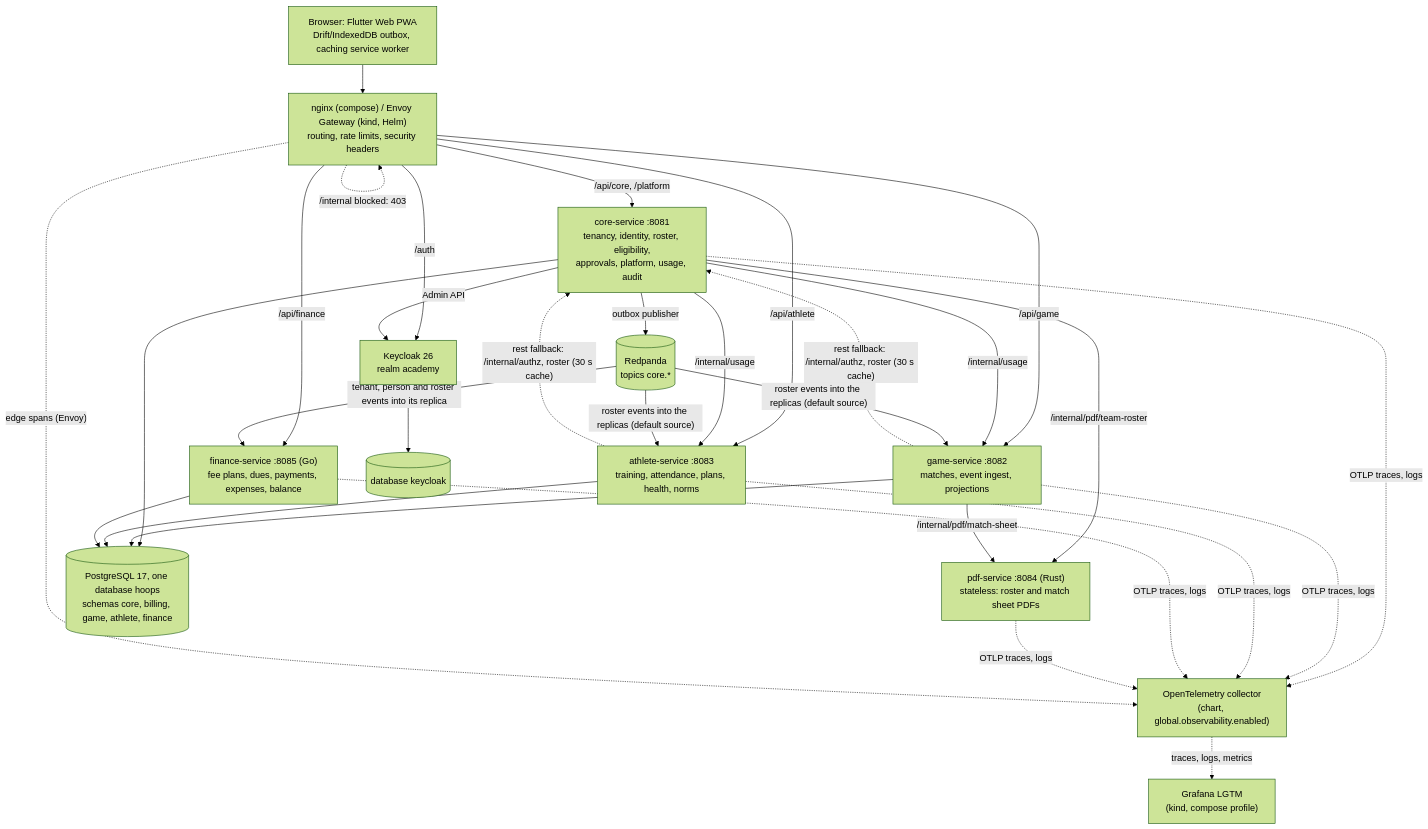
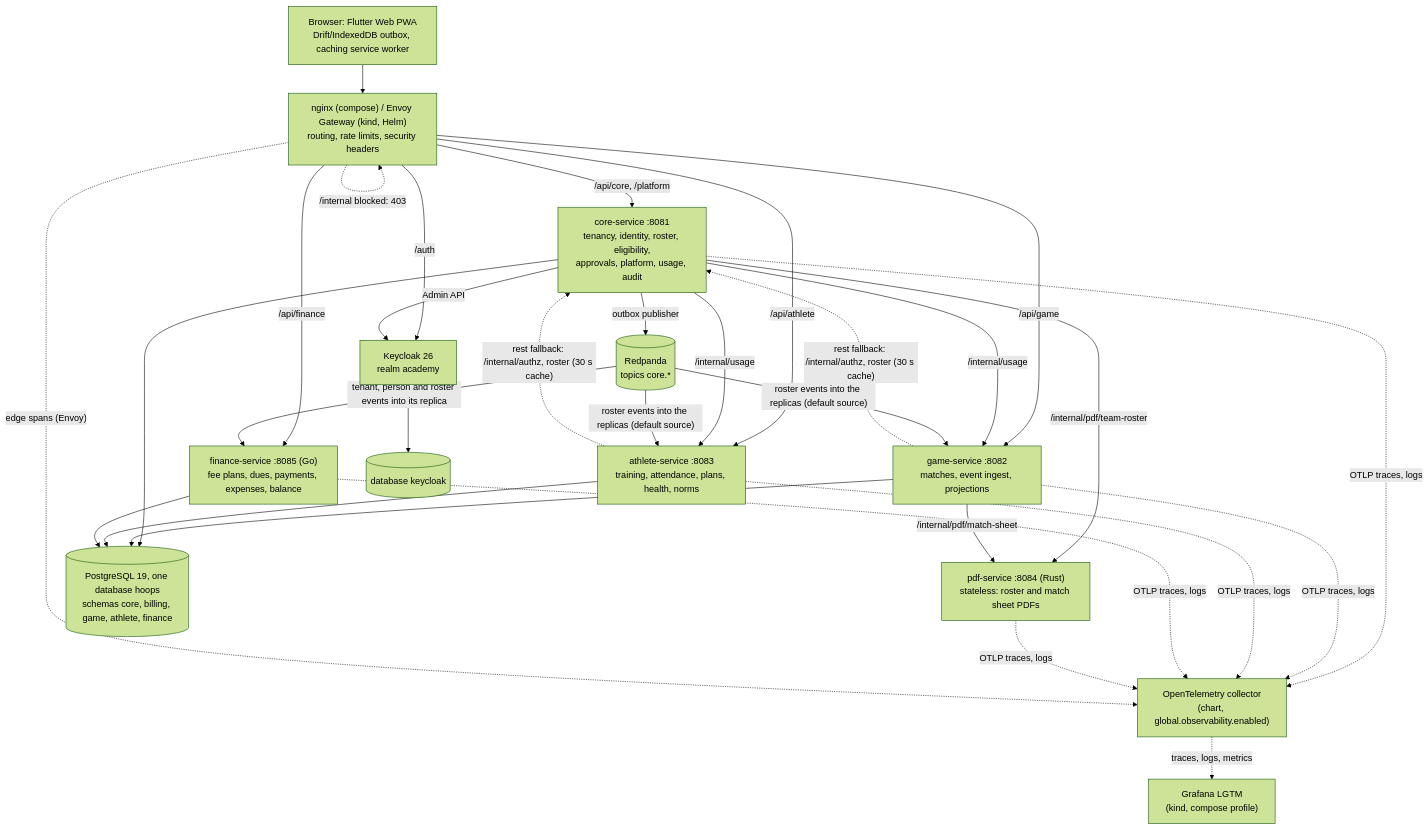
Before and after one commit to davidbejar/hoops-academy: the second of 7 diagrams in docs/architecture.md, drawn with Mermaid (forest theme). The commit also changed 6 other files, not shown here.

Commit message:
docs: PostgreSQL 19 where docs name the current version; release runbook lists the PostgreSQL pin; Semgrep image read from the workflow (WP147)

````diff
--- a/docs/architecture.md
+++ b/docs/architecture.md
@@ -32,42 +32,42 @@
 ```mermaid
 flowchart TB
   B["Browser: Flutter Web PWA<br/>Drift/IndexedDB outbox, caching service worker"]
   N["nginx (compose) / Envoy Gateway (kind, Helm)<br/>routing, rate limits, security headers"]
   KC["Keycloak 26<br/>realm academy"]
   CORE["core-service :8081<br/>tenancy, identity, roster, eligibility,<br/>approvals, platform, usage, audit"]
   GAME["game-service :8082<br/>matches, event ingest, projections"]
   ATH["athlete-service :8083<br/>training, attendance, plans, health, norms"]
   FIN["finance-service :8085 (Go)<br/>fee plans, dues, payments, expenses, balance"]
   PDF["pdf-service :8084 (Rust)<br/>stateless: roster and match sheet PDFs"]
-  PG[("PostgreSQL 17, one database hoops<br/>schemas core, billing, game, athlete, finance")]
+  PG[("PostgreSQL 19, one database hoops<br/>schemas core, billing, game, athlete, finance")]
   KCDB[("database keycloak")]
   RP[("Redpanda<br/>topics core.*")]
   OT["OpenTelemetry collector<br/>(chart, global.observability.enabled)"]
   LGTM["Grafana LGTM<br/>(kind, compose profile)"]
   B --> N
   N -->|"/auth"| KC
   N -->|"/api/core, /platform"| CORE
   N -->|"/api/game"| GAME
   N -->|"/api/athlete"| ATH
   N -->|"/api/finance"| FIN
   N -. "/internal blocked: 403" .-> N
   GAME -. "rest fallback: /internal/authz, roster (30 s cache)" .-> CORE
   ATH -. "rest fallback: /internal/authz, roster (30 s cache)" .-> CORE
   CORE -->|"/internal/usage"| GAME
   CORE -->|"/internal/usage"| ATH
   CORE -->|"/internal/pdf/team-roster"| PDF
   GAME -->|"/internal/pdf/match-sheet"| PDF
   CORE --> PG
   GAME --> PG
   ATH --> PG
   FIN --> PG
   KC --> KCDB
   CORE -->|"Admin API"| KC
   CORE -->|"outbox publisher"| RP
   RP -->|"roster events into the replicas (default source)"| GAME
   RP -->|"roster events into the replicas (default source)"| ATH
   RP -->|"tenant, person and roster events into its replica"| FIN
   CORE & GAME & ATH & FIN & PDF -. "OTLP traces, logs" .-> OT
   N -. "edge spans (Envoy)" .-> OT
   OT -. "traces, logs, metrics" .-> LGTM
 ```
````
